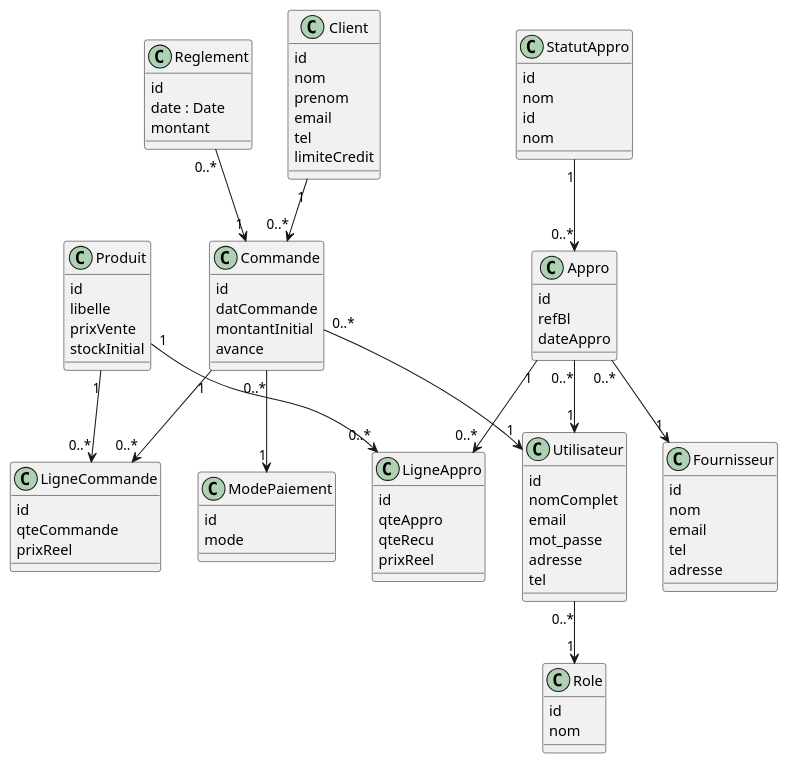
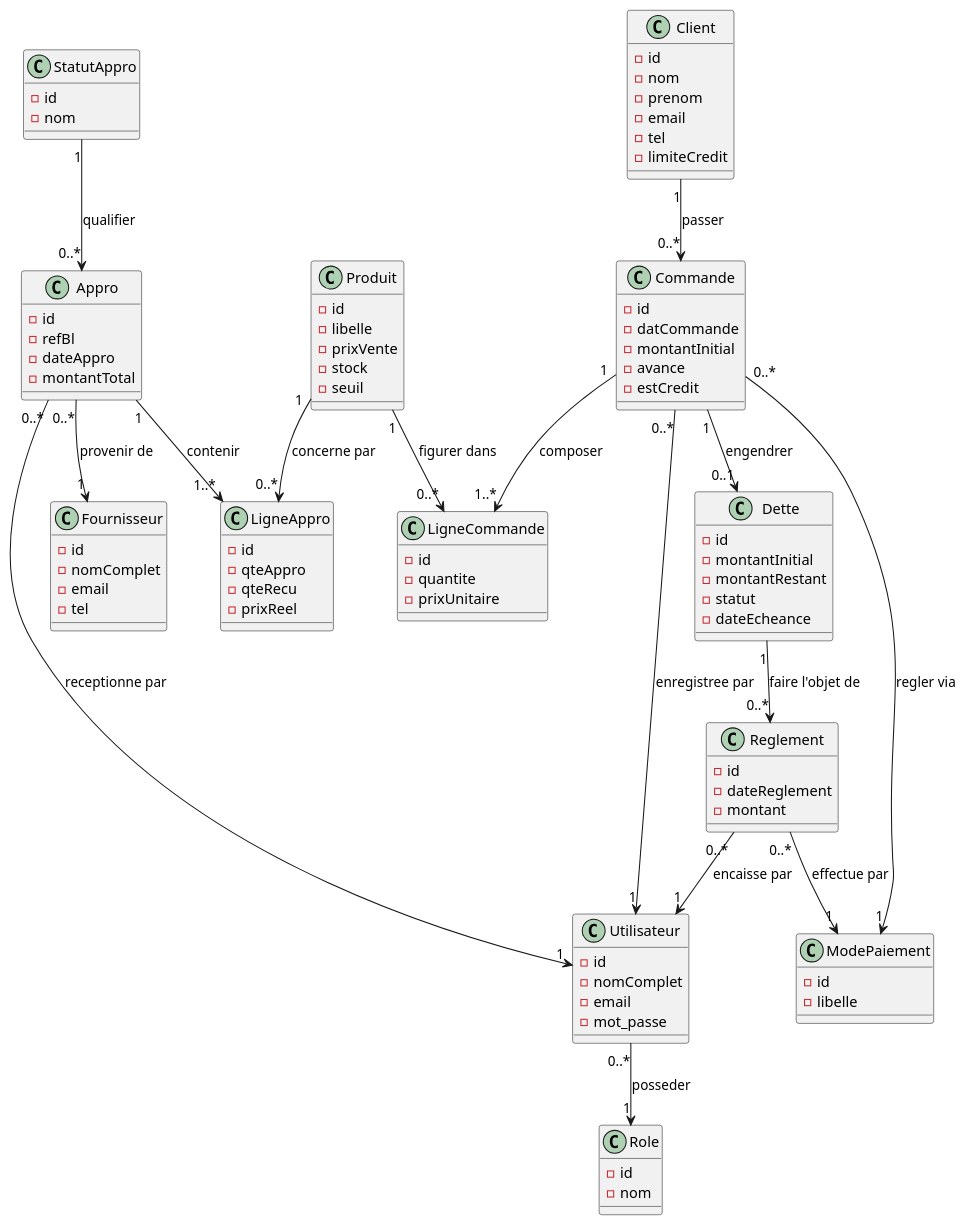
Before and after one commit to marieme0610/projet_storemanager_pro: the diagram in docs/diagrammeClasse.puml, drawn with PlantUML. The commit also changed 1 other file, not shown here.

Commit message:
fix(docs): correction du diagramme de classe ajout  dette et paiement

```diff
--- a/docs/diagrammeClasse.puml
+++ b/docs/diagrammeClasse.puml
@@ -1,117 +1,119 @@
-@startuml Diagramme_Classe_Cotisation
+@startuml Diagramme_Classe_StoreManagerPro
 
-class Utilisateur {
-     id 
-     nomComplet 
-     email 
-     mot_passe 
-     adresse 
-     tel 
-}
+    class Role {
+        - id
+        - nom
+    }
 
-class Role {
-     id 
-     nom 
-}
-
-class Client{
-     id 
-     nom 
-     prenom 
-     email 
-     tel 
-     limiteCredit
-}
-
-class Commande{
-     id 
-     datCommande 
-     montantInitial 
-     avance
-}
-
-
-class StatutAppro{
-     id 
-     nom 
-}
-
-
-class LigneCommande{
-     id 
-     qteCommande 
-     prixReel
-}
-
-class ModePaiement{
-     id 
-     mode 
-}
-
-class Reglement{
-     id 
-     date : Date
-     montant
-}
-
-class Produit{
-     id 
-     libelle 
-     prixVente
-     stockInitial 
-}
-
-class Fournisseur{
-    id 
-    nom 
-    email 
-    tel 
-    adresse 
-}
-
-class StatutAppro{
-     id 
-     nom 
-}
-
-class Appro{
-     id 
-     refBl 
-     dateAppro 
-}
-
-class LigneAppro{
-     id 
-     qteAppro 
-     qteRecu 
-     prixReel
-}
+    class Utilisateur {
+        - id
+        - nomComplet
+        - email
+        - mot_passe
+    }
 
 
 
-Utilisateur "0..*" --> "1" Role 
-Client "1" --> "0..*" Commande 
-Commande "1" --> "0..*" LigneCommande 
-Produit "1" --> "0..*" LigneCommande 
+    class Produit {
+        - id
+        - libelle
+        - prixVente
+        - stock
+        - seuil
+    }
 
-Appro "0..*" --> "1" Fournisseur 
-Appro "1" --> "0..*" LigneAppro 
-Produit "1" --> "0..*" LigneAppro 
+    class Client {
+        - id
+        - nom
+        - prenom
+        - email
+        - tel
+        - limiteCredit
+    }
 
-StatutAppro "1" --> "0..*" Appro 
-Commande "0..*" --> "1" ModePaiement 
-Reglement "0..*" --> "1" Commande 
+    class Fournisseur {
+        - id
+        - nomComplet
+        - email
+        - tel
+    }
 
-Appro "0..*" --> "1" Utilisateur 
-Commande "0..*" --> "1" Utilisateur 
+
+
+    class Commande {
+        - id
+        - datCommande
+        - montantInitial
+        - avance
+        - estCredit
+    }
+
+    class LigneCommande {
+        - id
+        - quantite
+        - prixUnitaire
+    }
+
+    class ModePaiement {
+        - id
+        - libelle
+    }
+
+    class Reglement {
+        - id
+        - dateReglement
+        - montant
+    }
+
+    class Dette {
+        - id
+        - montantInitial
+        - montantRestant
+        - statut
+        - dateEcheance
+    }
+
+
+
+    class StatutAppro {
+        - id
+        - nom
+    }
+
+    class Appro {
+        - id
+        - refBl
+        - dateAppro
+        - montantTotal
+    }
+
+    class LigneAppro {
+        - id
+        - qteAppro
+        - qteRecu
+        - prixReel
+    }
 
 
 
 
+Utilisateur "0..*" --> "1" Role : posseder
 
+Client "1" --> "0..*" Commande : passer
+Commande "1" --> "1..*" LigneCommande : composer
+Produit "1" --> "0..*" LigneCommande : figurer dans
+Commande "0..*" --> "1" ModePaiement : regler via
+Commande "0..*" --> "1" Utilisateur : enregistree par
 
+Commande "1" --> "0..1" Dette : engendrer
+Dette "1" --> "0..*" Reglement : faire l'objet de
+Reglement "0..*" --> "1" ModePaiement : effectue par
+Reglement "0..*" --> "1" Utilisateur : encaisse par
 
-
-
+Appro "0..*" --> "1" Fournisseur : provenir de
+Appro "1" --> "1..*" LigneAppro : contenir
+Produit "1" --> "0..*" LigneAppro : concerne par
+StatutAppro "1" --> "0..*" Appro : qualifier
+Appro "0..*" --> "1" Utilisateur : receptionne par
 
 @enduml
```
